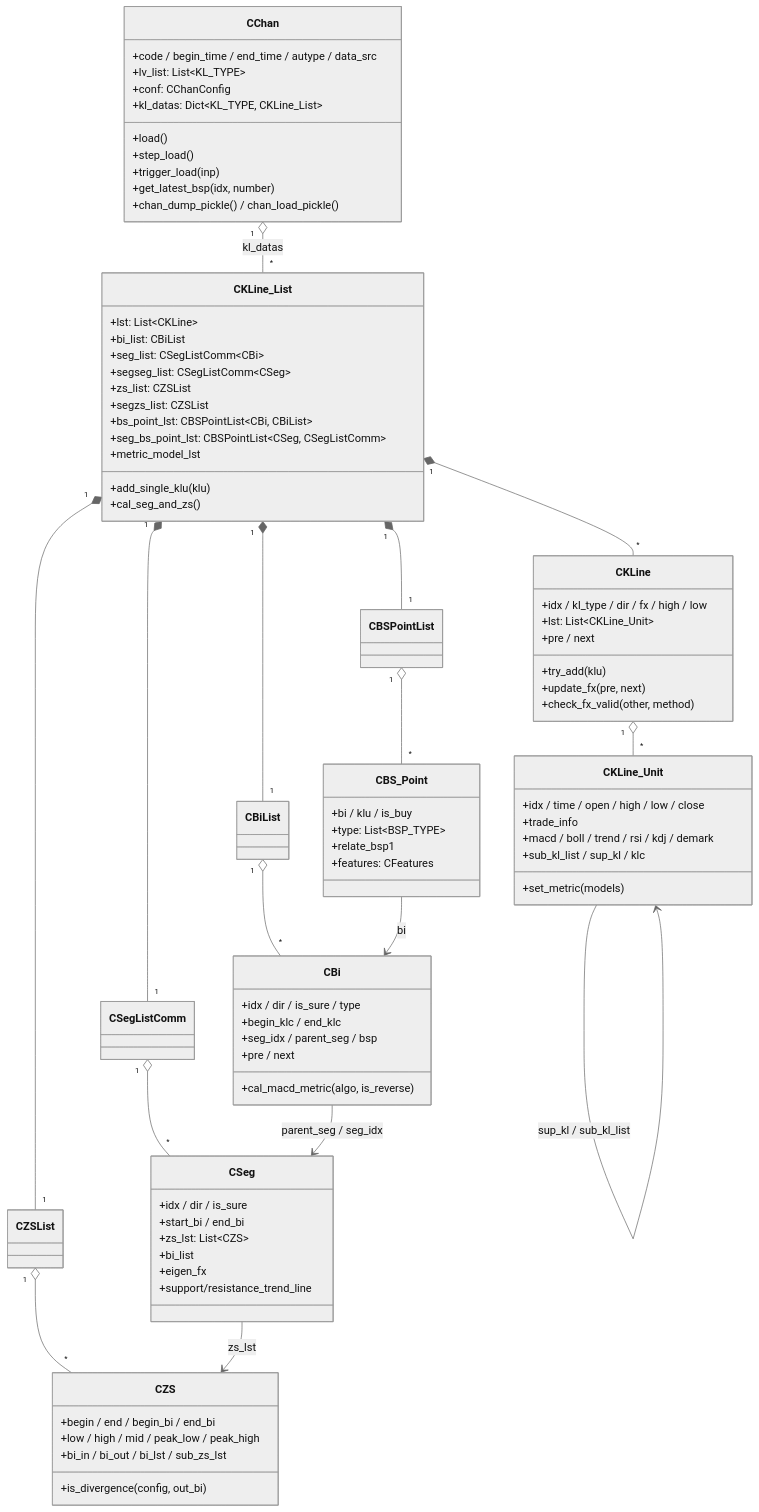
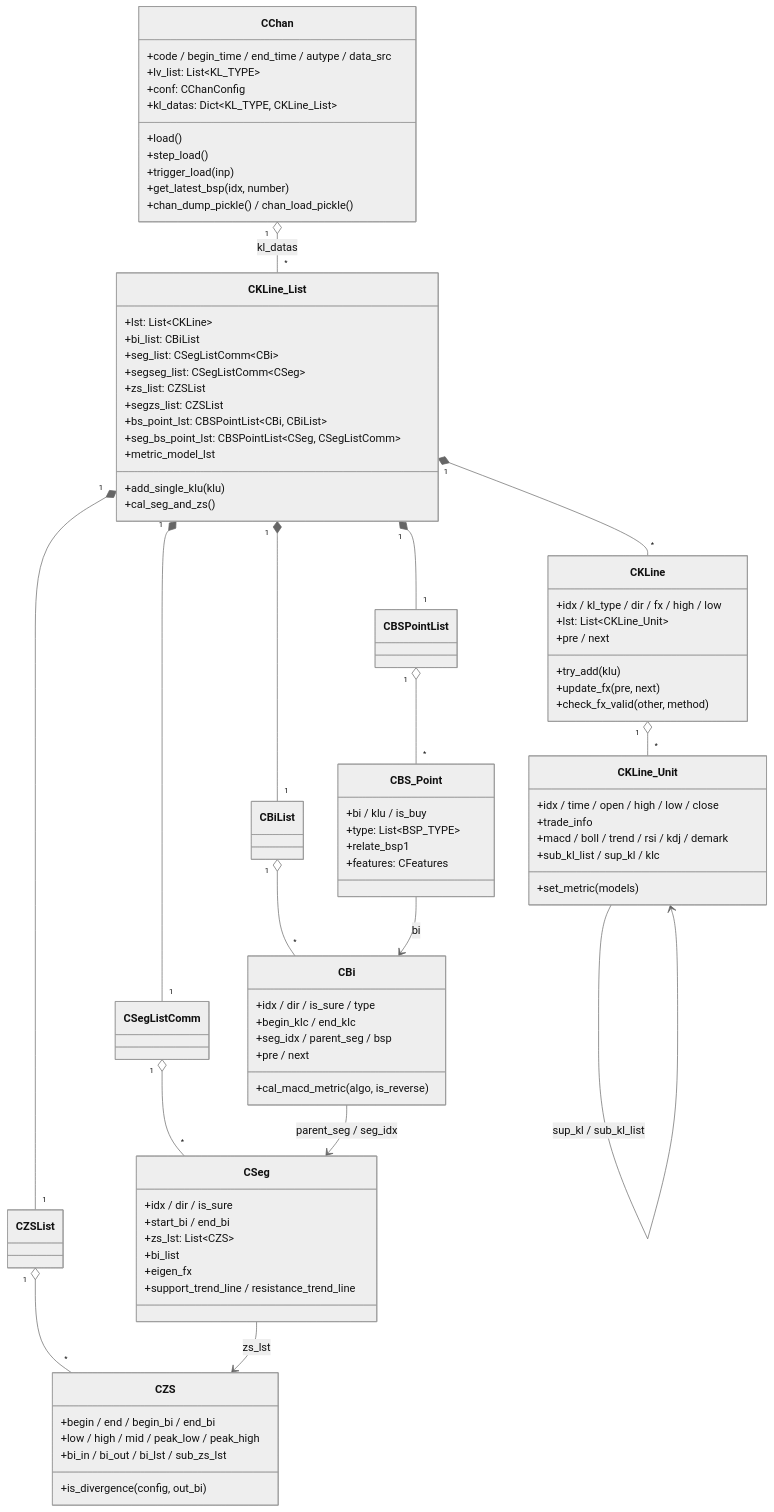
One commit to skydooms/chan.py changed the third of 3 diagrams in CodeWiki/01-架构总览.md. Above: the diagram before and after it, drawn with Mermaid (neutral theme). The commit also changed other lines of this file and 12 other files, not shown here.

```diff
--- a/CodeWiki/01-架构总览.md
+++ b/CodeWiki/01-架构总览.md
@@ -150,7 +148,6 @@
         +get_latest_bsp(idx, number)
         +chan_dump_pickle() / chan_load_pickle()
     }
-
     class CKLine_List {
         +lst: List~CKLine~
         +bi_list: CBiList
@@ -164,7 +161,6 @@
         +add_single_klu(klu)
         +cal_seg_and_zs()
     }
-
     class CKLine {
         +idx / kl_type / dir / fx / high / low
         +lst: List~CKLine_Unit~
@@ -193,7 +189,7 @@
         +zs_lst: List~CZS~
         +bi_list
         +eigen_fx
-        +support/resistance_trend_line
+        +support_trend_line / resistance_trend_line
     }
     class CZS {
         +begin / end / begin_bi / end_bi
```
